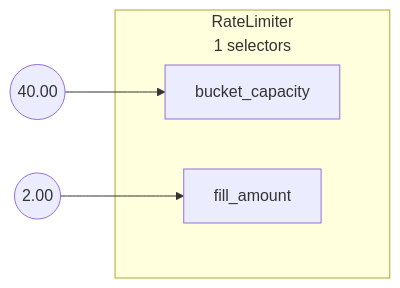
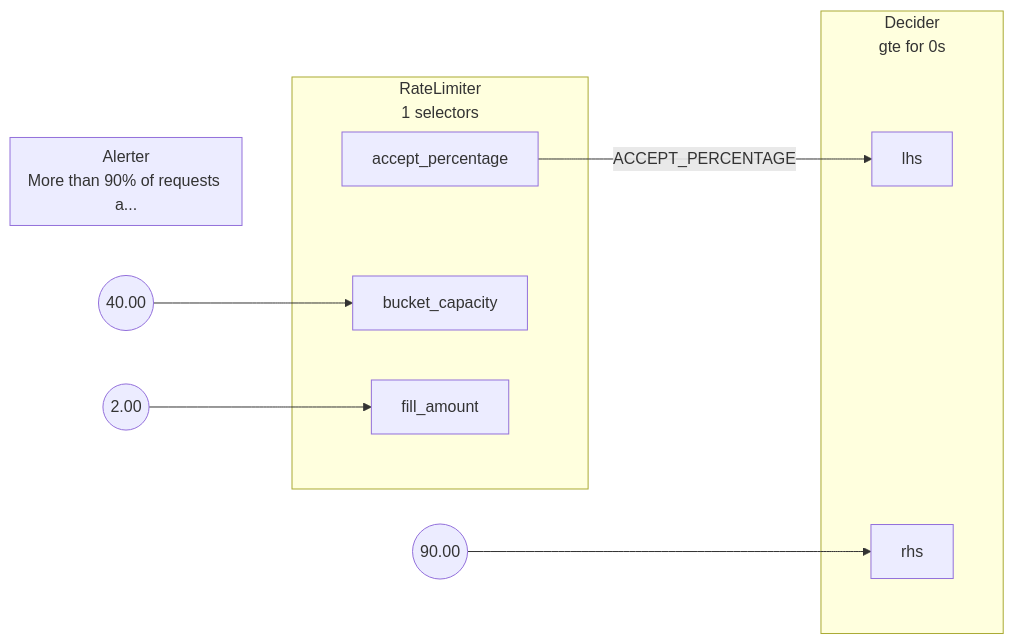
One commit to dataongunlaws/aperture changed the diagram in docs/content/guides/assets/per-user-rate-limiting/graph.mmd. Above: the diagram before and after it, drawn with Mermaid. The commit also changed 45 other files, not shown here.

```diff
--- a/docs/content/guides/assets/per-user-rate-limiting/graph.mmd
+++ b/docs/content/guides/assets/per-user-rate-limiting/graph.mmd
@@ -1,12 +1,31 @@
 flowchart LR
 subgraph root.0[<center>RateLimiter<br/>1 selectors</center>]
 subgraph root.0_inports[ ]
 style root.0_inports fill:none,stroke:none
 root.0bucket_capacity[bucket_capacity]
 root.0fill_amount[fill_amount]
 end
+subgraph root.0_outports[ ]
+style root.0_outports fill:none,stroke:none
+root.0accept_percentage[accept_percentage]
+end
 end
 root.0_bucket_capacity_FakeConstantout((40.00))
 root.0_fill_amount_FakeConstantout((2.00))
+subgraph root.1[<center>Decider<br/>gte for 0s</center>]
+subgraph root.1_inports[ ]
+style root.1_inports fill:none,stroke:none
+root.1lhs[lhs]
+root.1rhs[rhs]
+end
+subgraph root.1_outports[ ]
+style root.1_outports fill:none,stroke:none
+end
+end
+root.1_rhs_FakeConstantout((90.00))
+subgraph root.2[<center>Alerter<br/>More than 90% of requests a...</center>]
+end
+root.0accept_percentage --> |ACCEPT_PERCENTAGE| root.1lhs
 root.0_bucket_capacity_FakeConstantout --> root.0bucket_capacity
 root.0_fill_amount_FakeConstantout --> root.0fill_amount
+root.1_rhs_FakeConstantout --> root.1rhs
```
